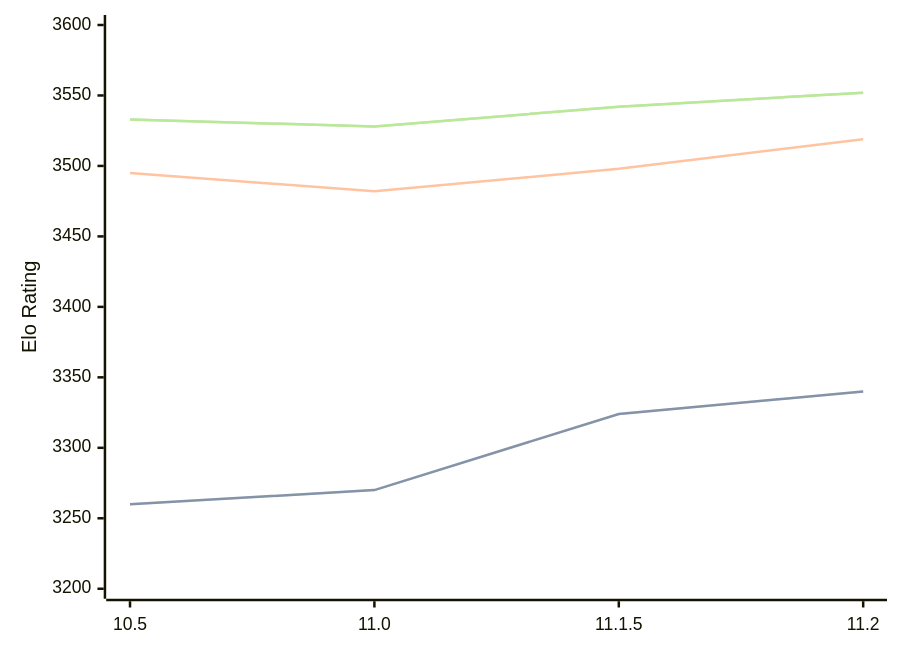
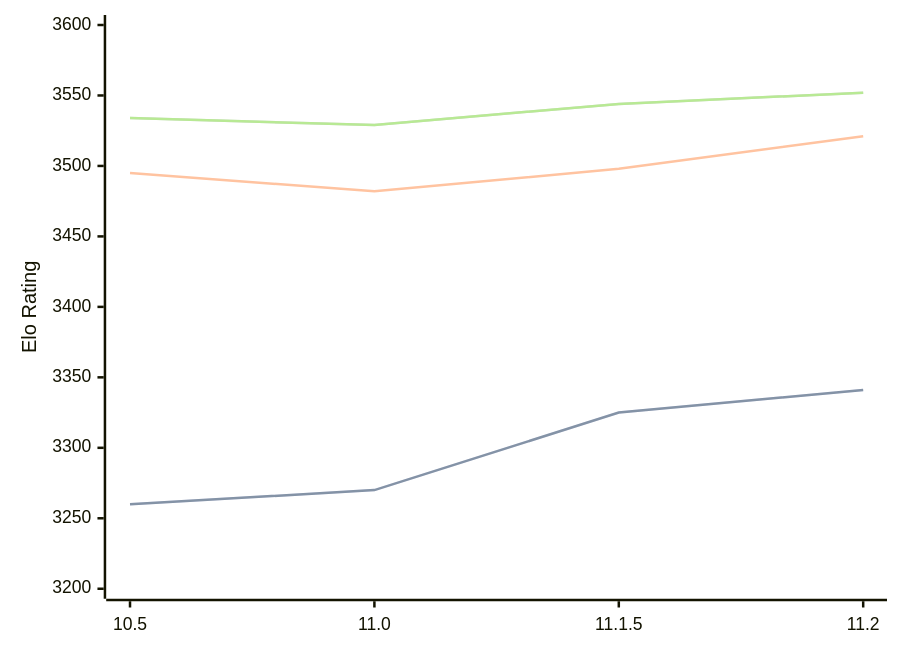
The diagram in engines/Lizard.md (computer-chess-index/cci), drawn with Mermaid before and after one commit. The commit also changed other lines of this file, not shown here.

Commit message:
Update CCI Ratings (ELO VLTC) - 2026-04-22

````diff
--- a/engines/Lizard.md
+++ b/engines/Lizard.md
@@ -46,11 +46,11 @@
 ```mermaid
 %%{init: {"theme":"base","themeVariables":{"seriesColors:['#a3a3a3','#222221','#faa371']}}}%%
 xychart-beta
   x-axis ["10.5", "11.0", "11.1.5", "11.2"]
   y-axis "Elo Rating" 3200 --> 3600
-  line "STC (8.0+0.08s)" [3260, 3270, 3324, 3340]
-  line "STC (8.0+0.08s)" [3260, 3270, 3324, 3340]
-  line "LTC (60.0+0.60s)" [3495, 3482, 3498, 3519]
-  line "VLTC (2m24s+1.12s)" [3533, 3528, 3542, 3552]
-  line "VLTC (2m24s+1.12s)" [3533, 3528, 3542, 3552]
+  line "STC (8.0+0.08s)" [3260, 3270, 3325, 3341]
+  line "STC (8.0+0.08s)" [3260, 3270, 3325, 3341]
+  line "LTC (60.0+0.60s)" [3495, 3482, 3498, 3521]
+  line "VLTC (2m24s+1.12s)" [3534, 3529, 3544, 3552]
+  line "VLTC (2m24s+1.12s)" [3534, 3529, 3544, 3552]
 ```
````
